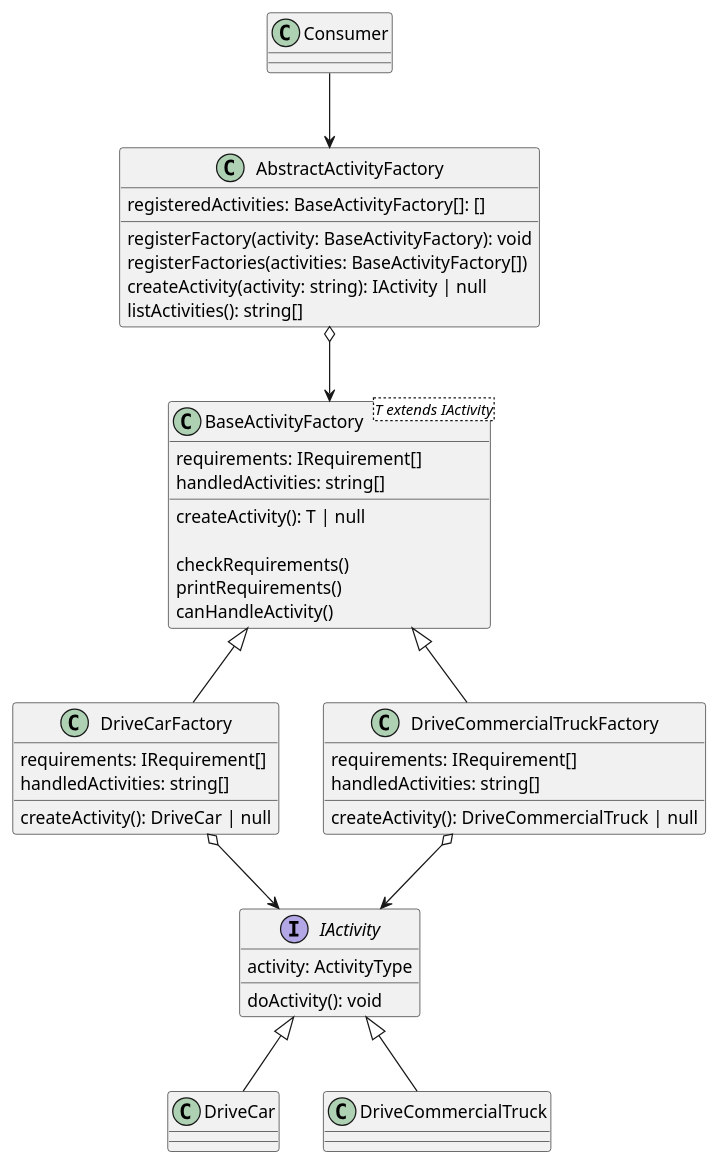
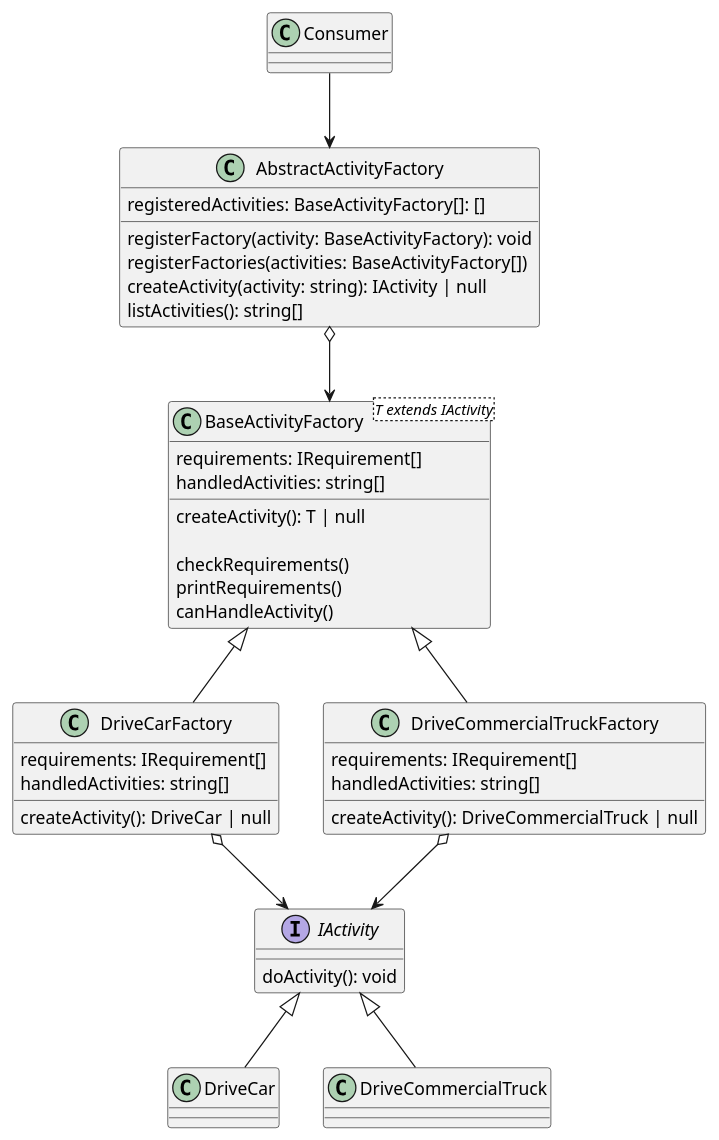
The diagram in src/patterns/abstract-factory/docs/diagrams/abstract-factory.puml (apatequil/DesignPatterns.TS), drawn with PlantUML before and after one commit. The commit also changed 1 other file, not shown here.

```diff
--- a/src/patterns/abstract-factory/docs/diagrams/abstract-factory.puml
+++ b/src/patterns/abstract-factory/docs/diagrams/abstract-factory.puml
@@ -1,55 +1,54 @@
 @startuml
 
 interface IActivity {
-    activity: ActivityType
     doActivity(): void
 }
 
 class DriveCar extends IActivity {}
 class DriveCommercialTruck extends IActivity {}
 
 class BaseActivityFactory<T extends IActivity> {
   requirements: IRequirement[]
   handledActivities: string[]
   createActivity(): T | null
 
   checkRequirements()
   printRequirements()
   canHandleActivity()
 }
 
 
 class DriveCarFactory extends BaseActivityFactory {
 
     requirements: IRequirement[]
     handledActivities: string[]
 
     createActivity(): DriveCar | null
 }
 
 class DriveCommercialTruckFactory extends BaseActivityFactory {
 
     requirements: IRequirement[]
     handledActivities: string[]
 
     createActivity(): DriveCommercialTruck | null
 }
 
 
 class AbstractActivityFactory {    
   registeredActivities: BaseActivityFactory[]: []
   registerFactory(activity: BaseActivityFactory): void
   registerFactories(activities: BaseActivityFactory[])
   createActivity(activity: string): IActivity | null
   listActivities(): string[]
 }
 
 class Consumer {}
 
 Consumer --> AbstractActivityFactory
 DriveCarFactory o--> IActivity
 DriveCommercialTruckFactory o--> IActivity
 AbstractActivityFactory o--> BaseActivityFactory
 
 
 @enduml
```
